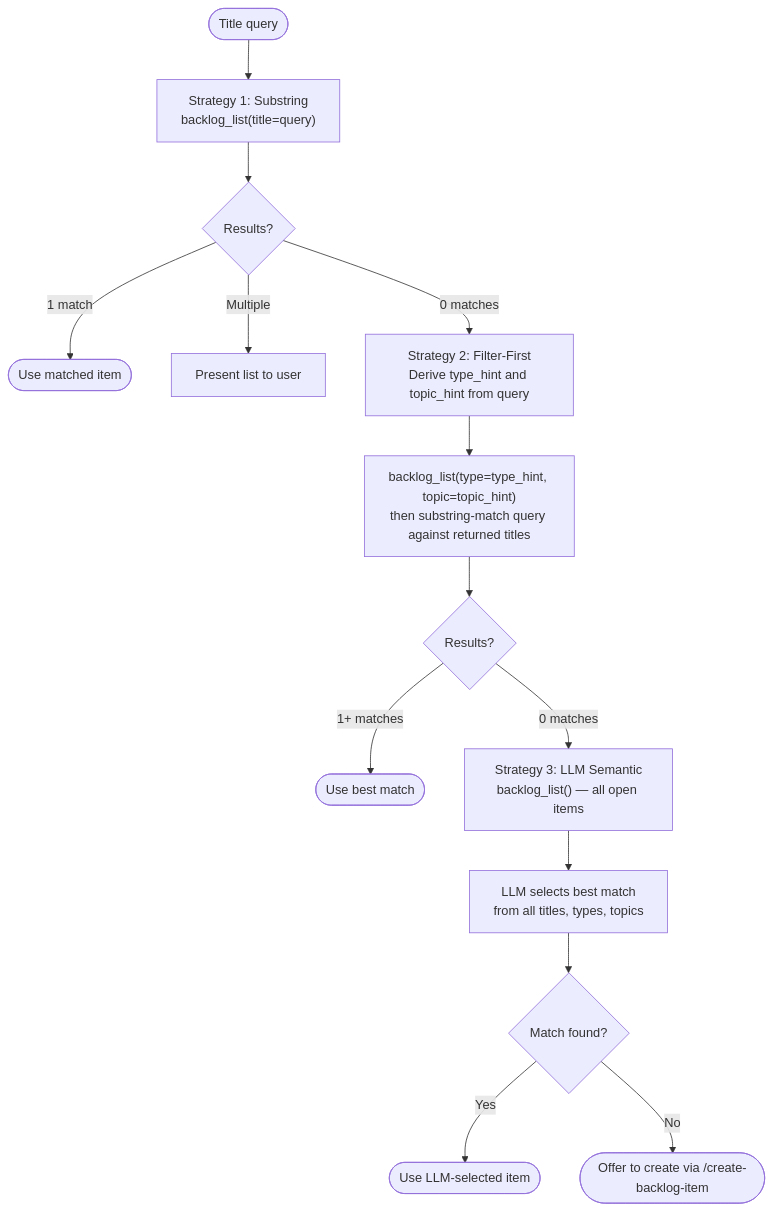
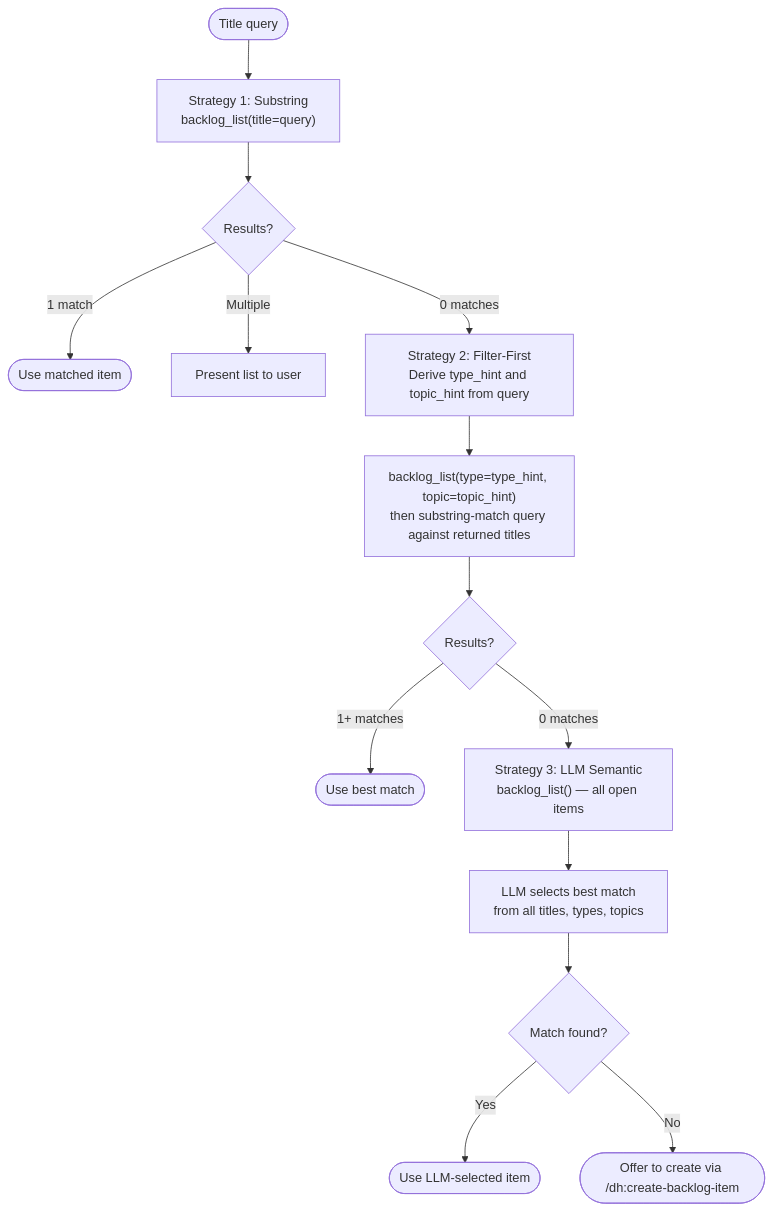
The diagram in plugins/development-harness/skills/backlog/README.md (chgreer1070/claude_skills), drawn with Mermaid before and after one commit. The commit also changed other lines of this file and 61 other files, not shown here.

````diff
--- a/plugins/development-harness/skills/backlog/README.md
+++ b/plugins/development-harness/skills/backlog/README.md
@@ -251,18 +259,18 @@
 ```mermaid
 flowchart TD
     Start([Title query]) --> S1["Strategy 1: Substring<br>backlog_list(title=query)"]
     S1 --> R1{Results?}
     R1 -->|1 match| Done([Use matched item])
     R1 -->|Multiple| Pick[Present list to user]
     R1 -->|0 matches| S2
 
     S2["Strategy 2: Filter-First<br>Derive type_hint and topic_hint from query"] --> Call2["backlog_list(type=type_hint, topic=topic_hint)<br>then substring-match query against returned titles"]
     Call2 --> R2{Results?}
     R2 -->|1+ matches| Done2([Use best match])
     R2 -->|0 matches| S3
 
     S3["Strategy 3: LLM Semantic<br>backlog_list() — all open items"] --> LLM["LLM selects best match<br>from all titles, types, topics"]
     LLM --> R3{Match found?}
     R3 -->|Yes| Done3([Use LLM-selected item])
-    R3 -->|No| NoMatch([Offer to create via /create-backlog-item])
+    R3 -->|No| NoMatch([Offer to create via /dh:create-backlog-item])
 ```
````
